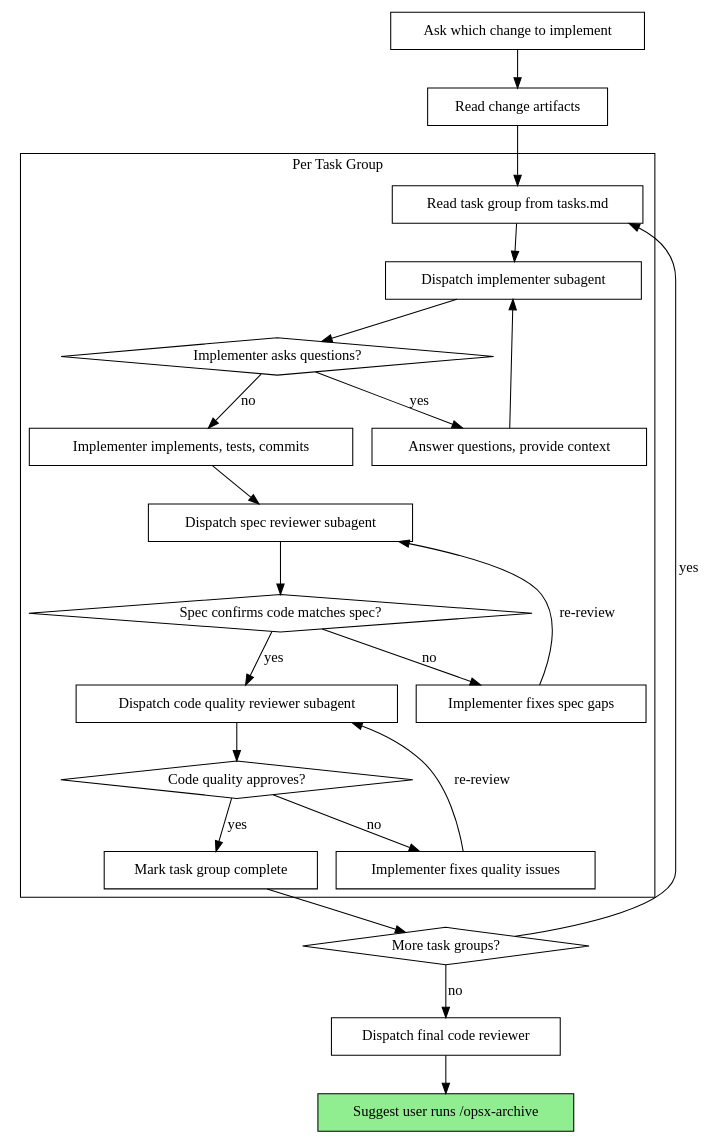
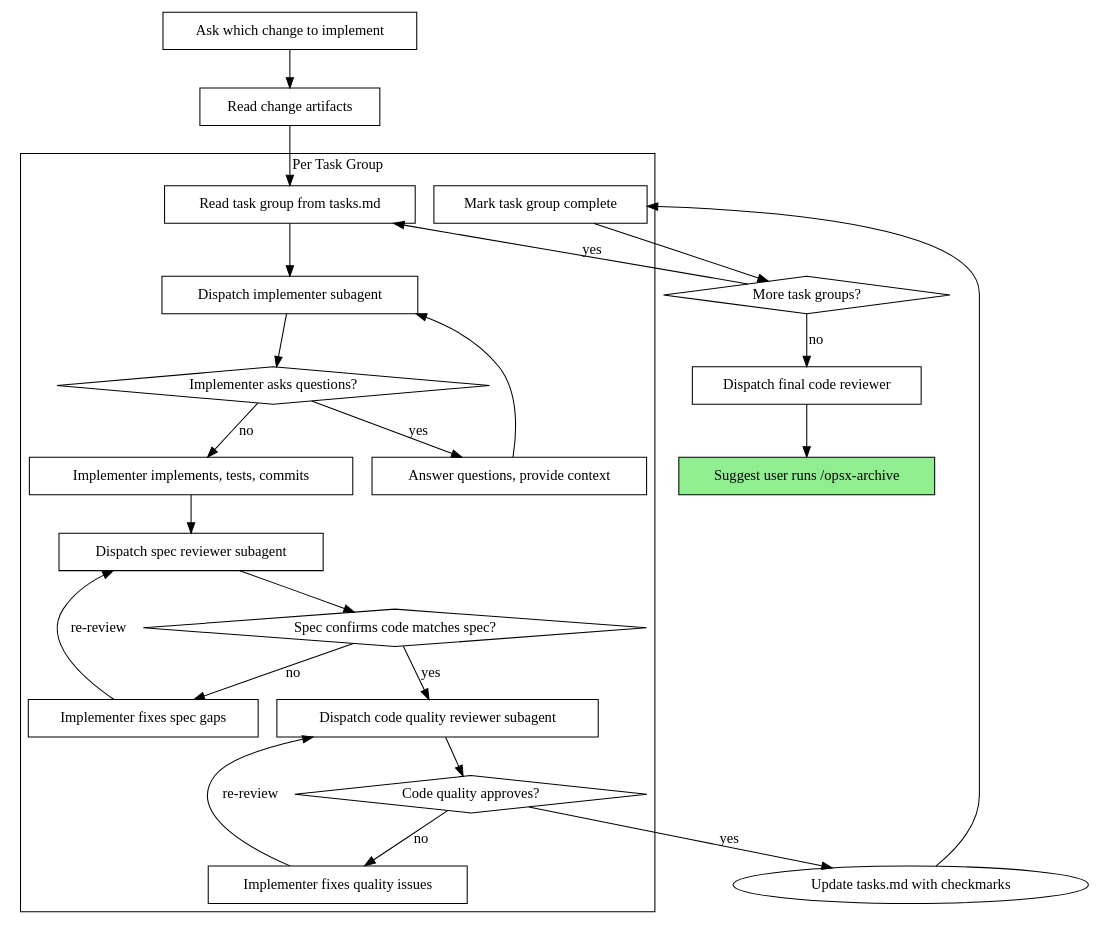
Before and after one commit to damian-git-99/superpowers: the second of 2 diagrams in skills/subagent-driven-development-openspec/SKILL.md, drawn with Graphviz. The commit also changed other lines of this file, not shown here.

Commit message:
subagent-driven-development-openspec: update tasks.md with checkmarks after each task group

````diff
--- a/skills/subagent-driven-development-openspec/SKILL.md
+++ b/skills/subagent-driven-development-openspec/SKILL.md
@@ -52,48 +52,49 @@
 ```dot
 digraph process {
     rankdir=TB;
 
     subgraph cluster_per_task {
         label="Per Task Group";
         "Read task group from tasks.md" [shape=box];
         "Dispatch implementer subagent" [shape=box];
         "Implementer asks questions?" [shape=diamond];
         "Answer questions, provide context" [shape=box];
         "Implementer implements, tests, commits" [shape=box];
         "Dispatch spec reviewer subagent" [shape=box];
         "Spec confirms code matches spec?" [shape=diamond];
         "Implementer fixes spec gaps" [shape=box];
         "Dispatch code quality reviewer subagent" [shape=box];
         "Code quality approves?" [shape=diamond];
         "Implementer fixes quality issues" [shape=box];
         "Mark task group complete" [shape=box];
     }
 
     "Read change artifacts" [shape=box];
     "Ask which change to implement" [shape=box];
     "More task groups?" [shape=diamond];
     "Dispatch final code reviewer" [shape=box];
     "Suggest user runs /opsx-archive" [shape=box style=filled fillcolor=lightgreen];
 
     "Ask which change to implement" -> "Read change artifacts";
     "Read change artifacts" -> "Read task group from tasks.md";
     "Read task group from tasks.md" -> "Dispatch implementer subagent";
     "Dispatch implementer subagent" -> "Implementer asks questions?";
     "Implementer asks questions?" -> "Answer questions, provide context" [label="yes"];
     "Answer questions, provide context" -> "Dispatch implementer subagent";
     "Implementer asks questions?" -> "Implementer implements, tests, commits" [label="no"];
     "Implementer implements, tests, commits" -> "Dispatch spec reviewer subagent";
     "Dispatch spec reviewer subagent" -> "Spec confirms code matches spec?";
     "Spec confirms code matches spec?" -> "Implementer fixes spec gaps" [label="no"];
     "Implementer fixes spec gaps" -> "Dispatch spec reviewer subagent" [label="re-review"];
     "Spec confirms code matches spec?" -> "Dispatch code quality reviewer subagent" [label="yes"];
     "Dispatch code quality reviewer subagent" -> "Code quality approves?";
     "Code quality approves?" -> "Implementer fixes quality issues" [label="no"];
     "Implementer fixes quality issues" -> "Dispatch code quality reviewer subagent" [label="re-review"];
-    "Code quality approves?" -> "Mark task group complete" [label="yes"];
+    "Code quality approves?" -> "Update tasks.md with checkmarks" [label="yes"];
+    "Update tasks.md with checkmarks" -> "Mark task group complete";
     "Mark task group complete" -> "More task groups?";
     "More task groups?" -> "Read task group from tasks.md" [label="yes"];
     "More task groups?" -> "Dispatch final code reviewer" [label="no"];
     "Dispatch final code reviewer" -> "Suggest user runs /opsx-archive";
 }
 ```
````
